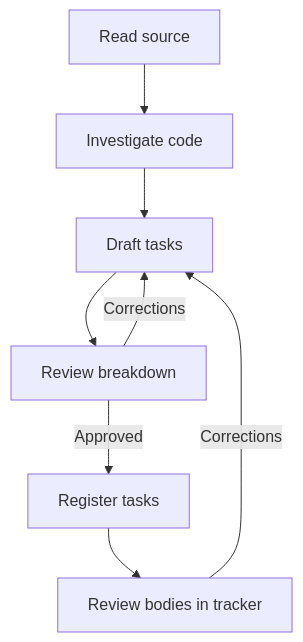
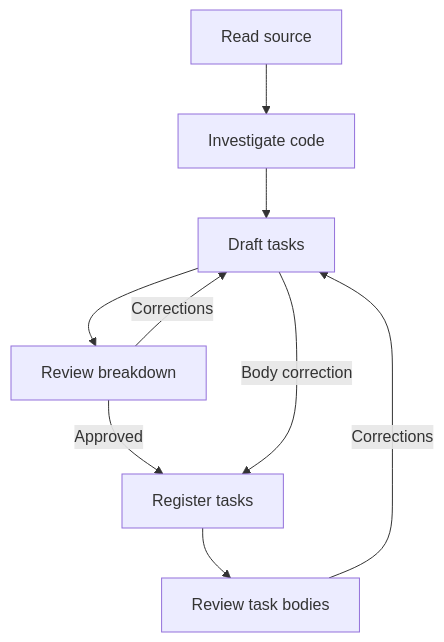
Before and after one commit to adeonir/agent-skills: the diagram in skills/engineering/to-tasks/README.md, drawn with Mermaid. The commit also changed other lines of this file and 4 other files, not shown here.

````diff
--- a/skills/engineering/to-tasks/README.md
+++ b/skills/engineering/to-tasks/README.md
@@ -7,10 +7,11 @@
 ```mermaid
 flowchart TD
     A[Read source] --> B[Investigate code]
     B --> C[Draft tasks]
     C --> D[Review breakdown]
     D -->|Corrections| C
     D -->|Approved| E[Register tasks]
-    E --> F[Review bodies in tracker]
+    C -->|Body correction| E
+    E --> F[Review task bodies]
     F -->|Corrections| C
 ```
````
